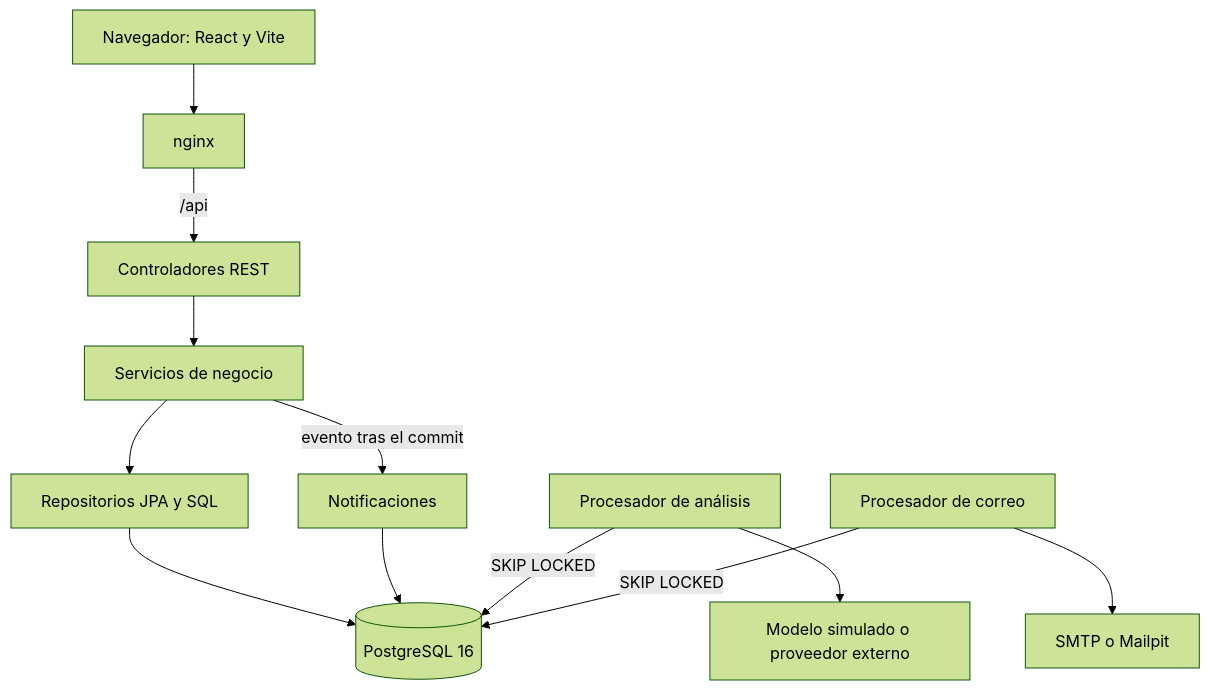
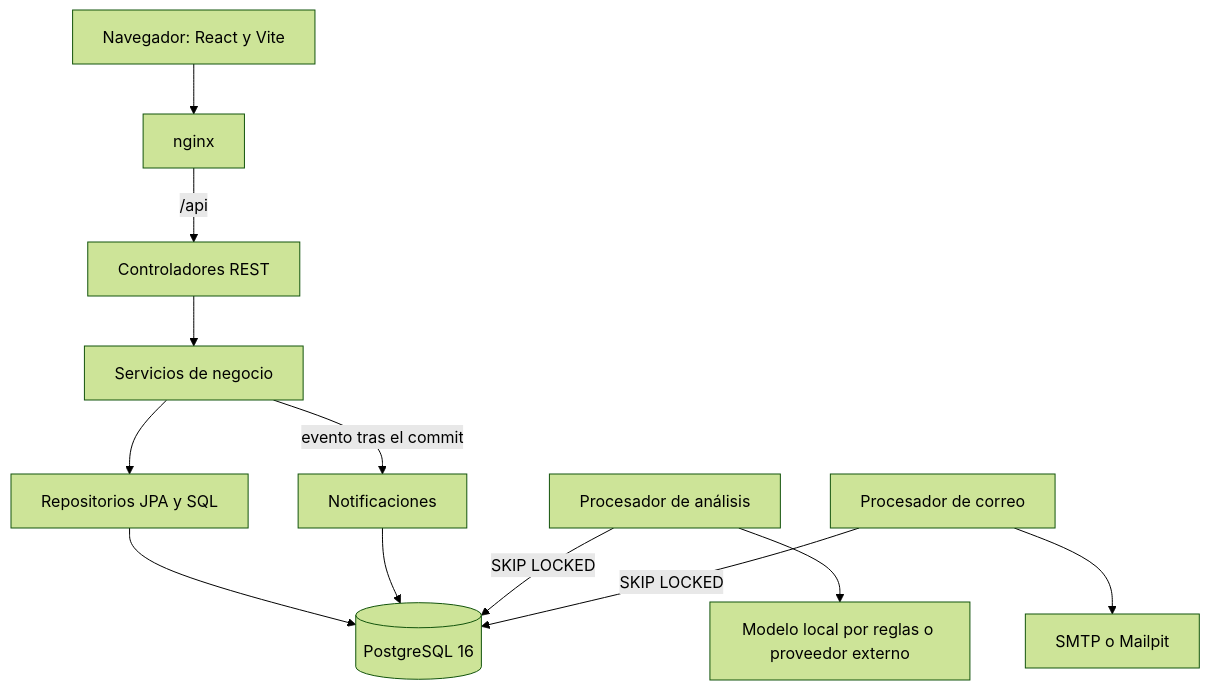
Before and after one commit to bryanypes/docentia-backend: the first of 4 diagrams in docentia-backend/docs/ARQUITECTURA.md, drawn with Mermaid (forest theme). The commit also changed other lines of this file and 13 other files, not shown here.

````diff
--- a/docentia-backend/docs/ARQUITECTURA.md
+++ b/docentia-backend/docs/ARQUITECTURA.md
@@ -3,14 +3,14 @@
 ```mermaid
 flowchart TB
   N[Navegador: React y Vite] --> G[nginx]
   G -- /api --> C[Controladores REST]
   C --> S[Servicios de negocio]
   S --> R[Repositorios JPA y SQL]
   R --> DB[(PostgreSQL 16)]
   S -- evento tras el commit --> NO[Notificaciones]
   NO --> DB
   W[Procesador de análisis] -- SKIP LOCKED --> DB
-  W --> IA[Modelo simulado o proveedor externo]
+  W --> IA[Modelo local por reglas o proveedor externo]
   M[Procesador de correo] -- SKIP LOCKED --> DB
   M --> SMTP[SMTP o Mailpit]
 ```
````
